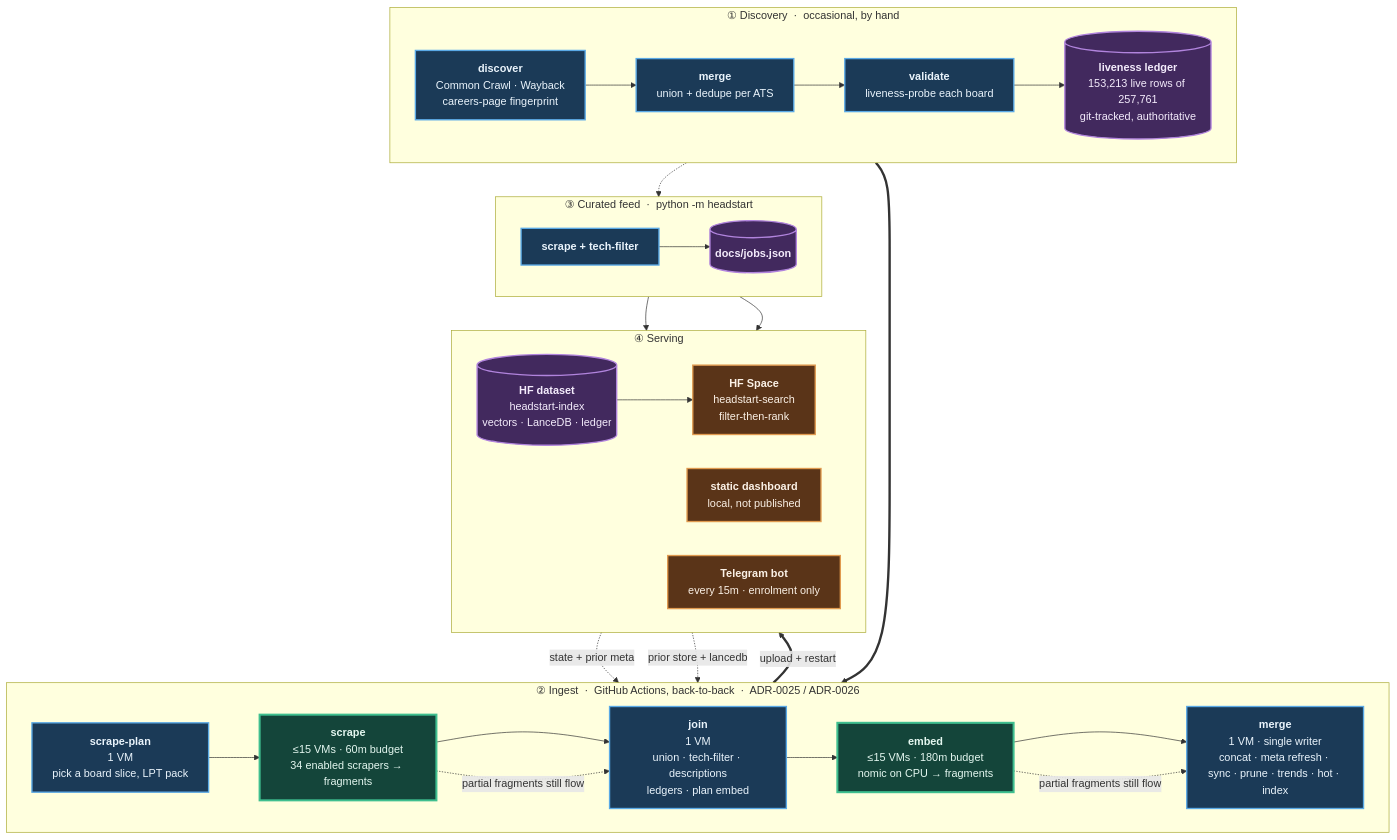
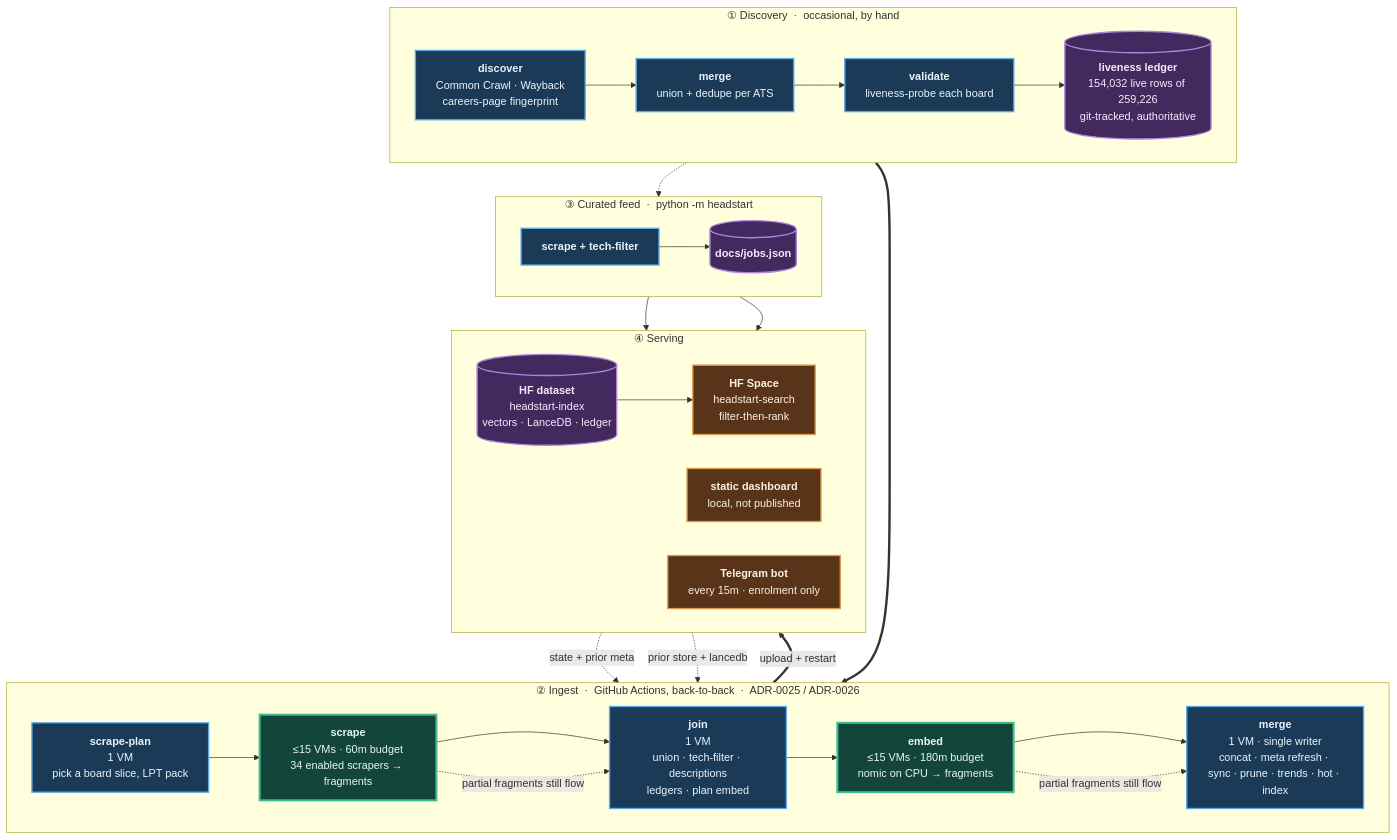
One commit to sarthakjain004/headstart changed the diagram in README.md. Above: the diagram before and after it, drawn with Mermaid. The commit also changed other lines of this file and 4 other files, not shown here.

````diff
--- a/README.md
+++ b/README.md
@@ -170,56 +170,56 @@
 ```mermaid
 flowchart TB
     subgraph D["① Discovery &nbsp;·&nbsp; occasional, by hand"]
         direction LR
         D1["<b>discover</b><br/>Common Crawl · Wayback<br/>careers-page fingerprint"]
         D2["<b>merge</b><br/>union + dedupe per ATS"]
         D3["<b>validate</b><br/>liveness-probe each board"]
-        D4[("<b>liveness ledger</b><br/>153,213 live rows of 257,761<br/>git-tracked, authoritative")]
+        D4[("<b>liveness ledger</b><br/>154,032 live rows of 259,226<br/>git-tracked, authoritative")]
         D1 --> D2 --> D3 --> D4
     end
 
     subgraph P["② Ingest &nbsp;·&nbsp; GitHub Actions, back-to-back &nbsp;·&nbsp; ADR-0025 / ADR-0026"]
         direction LR
         P1["<b>scrape-plan</b><br/>1 VM<br/>pick a board slice, LPT pack"]
         P2["<b>scrape</b><br/>≤15 VMs · 60m budget<br/>34 enabled scrapers → fragments"]
         P3["<b>join</b><br/>1 VM<br/>union · tech-filter · descriptions<br/>ledgers · plan embed"]
         P4["<b>embed</b><br/>≤15 VMs · 180m budget<br/>nomic on CPU → fragments"]
         P5["<b>merge</b><br/>1 VM · single writer<br/>concat · meta refresh · sync · prune · trends · hot · index"]
         P1 --> P2 --> P3 --> P4 --> P5
     end
 
     subgraph F["③ Curated feed &nbsp;·&nbsp; python -m headstart"]
         direction LR
         F1["<b>scrape + tech-filter</b>"]
         F2[("<b>docs/jobs.json</b>")]
         F1 --> F2
     end
 
     subgraph S["④ Serving"]
         direction LR
         S1[("<b>HF dataset</b><br/>headstart-index<br/>vectors · LanceDB · ledger")]
         S2["<b>HF Space</b><br/>headstart-search<br/>filter-then-rank"]
         S3["<b>static dashboard</b><br/>local, not published"]
         S4["<b>Telegram bot</b><br/>every 15m · enrolment only"]
         S1 --> S2
     end
 
     D4 ==> P1
     S1 -. "state + prior meta" .-> P1
     S1 -. "prior store + lancedb" .-> P5
     D4 -.-> F1
     P5 ==>|"upload + restart"| S1
     F2 --> S3
     F2 --> S4
     P2 -. "partial fragments still flow" .-> P3
     P4 -. "partial fragments still flow" .-> P5
 
     classDef serial fill:#1b3a57,stroke:#5aa9e6,stroke-width:2px,color:#eaf4fc
     classDef fan fill:#14453a,stroke:#3fbf8f,stroke-width:3px,color:#e4f7f0
     classDef store fill:#42295e,stroke:#b184dd,stroke-width:2px,color:#f4ecfc
     classDef serve fill:#5a3418,stroke:#e09a4f,stroke-width:2px,color:#fbf1e6
     class D1,D2,D3,P1,P3,P5,F1 serial
     class P2,P4 fan
     class D4,F2,S1 store
     class S2,S3,S4 serve
 ```
````
